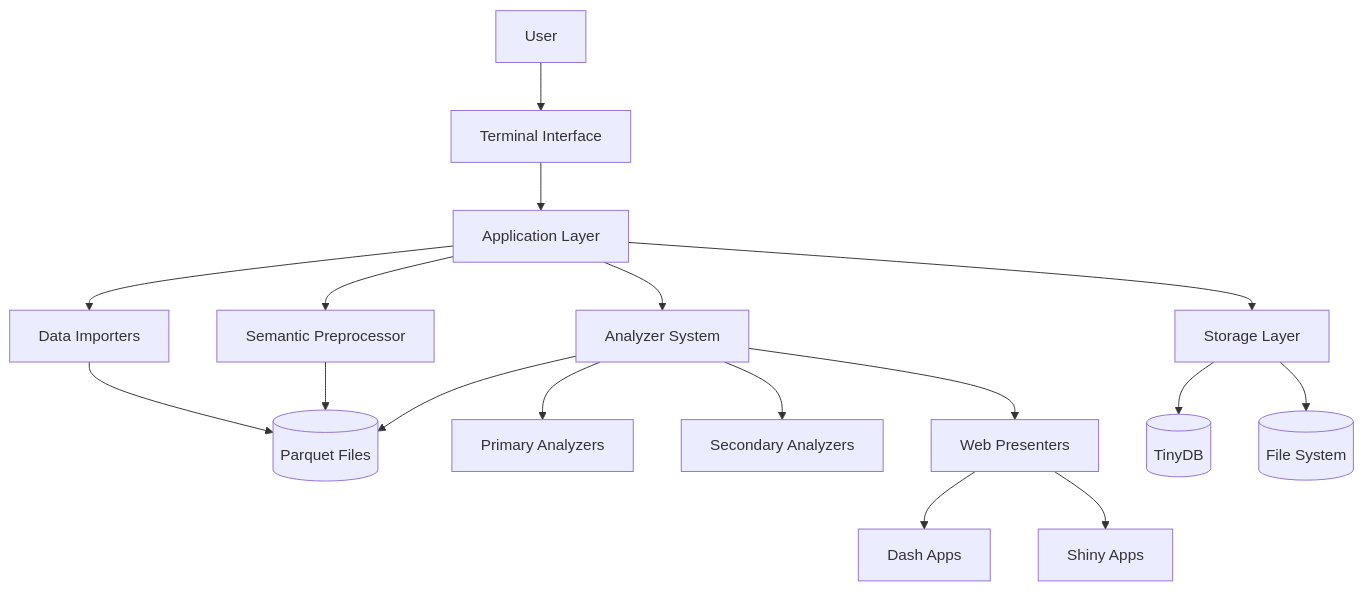
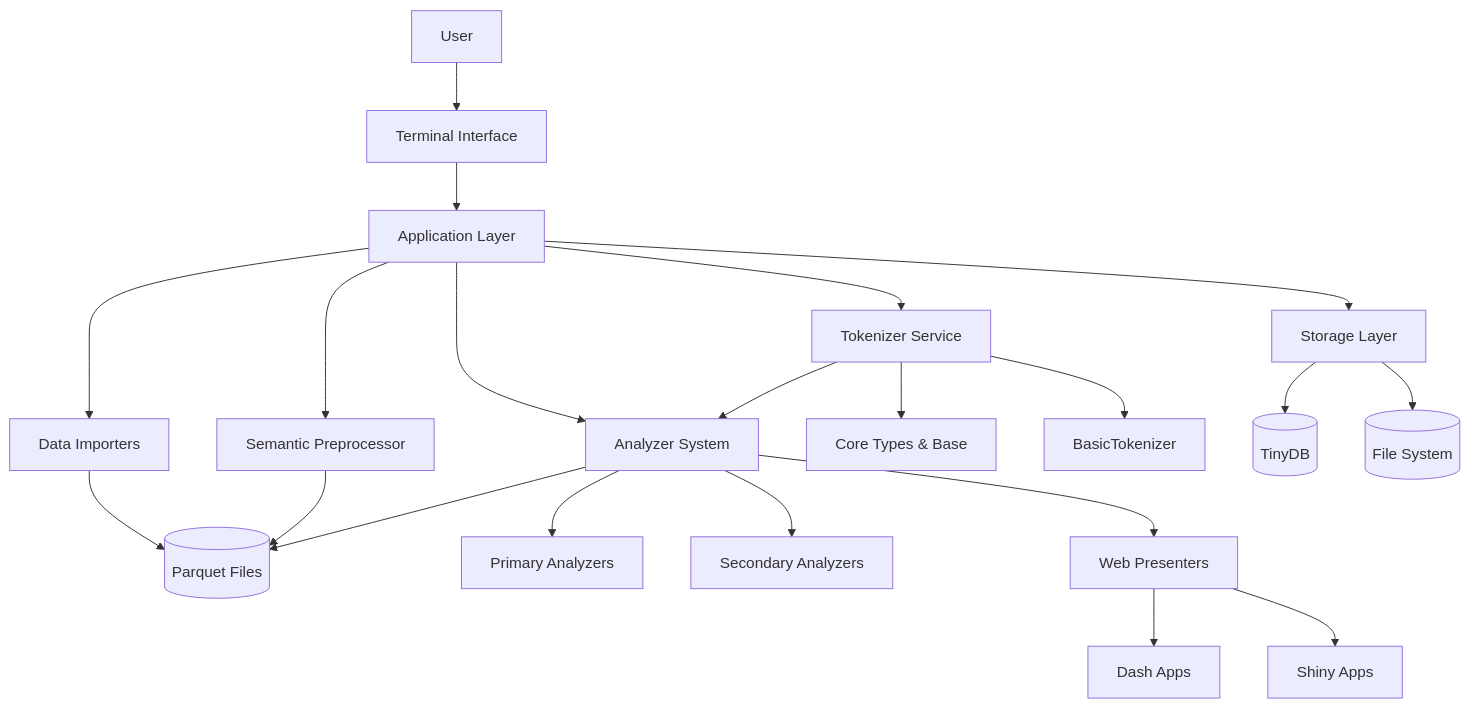
The first of 2 diagrams in .ai-context/architecture-overview.md (civictechdc/mango-tango-cli), drawn with Mermaid before and after one commit. The commit also changed other lines of this file and 3 other files, not shown here.

First line of the commit message:
Phase 6: Add comprehensive tokenizer service documentation

````diff
--- a/.ai-context/architecture-overview.md
+++ b/.ai-context/architecture-overview.md
@@ -5,24 +5,29 @@
 ```mermaid
 flowchart TD
     User[User] --> Terminal[Terminal Interface]
     Terminal --> App[Application Layer]
     App --> Storage[Storage Layer]
 
     App --> Importers[Data Importers]
     App --> Preprocessing[Semantic Preprocessor]
     App --> Analyzers[Analyzer System]
+    App --> Services[Tokenizer Service]
 
     Importers --> Parquet[(Parquet Files)]
     Preprocessing --> Parquet
     Analyzers --> Parquet
+
+    Services --> Analyzers
+    Services --> TokenizerCore[Core Types & Base]
+    Services --> BasicTokenizer[BasicTokenizer]
 
     Analyzers --> Primary[Primary Analyzers]
     Analyzers --> Secondary[Secondary Analyzers]
     Analyzers --> WebPresenters[Web Presenters]
 
     WebPresenters --> Dash[Dash Apps]
     WebPresenters --> Shiny[Shiny Apps]
 
     Storage --> TinyDB[(TinyDB)]
     Storage --> FileSystem[(File System)]
 ```
````
